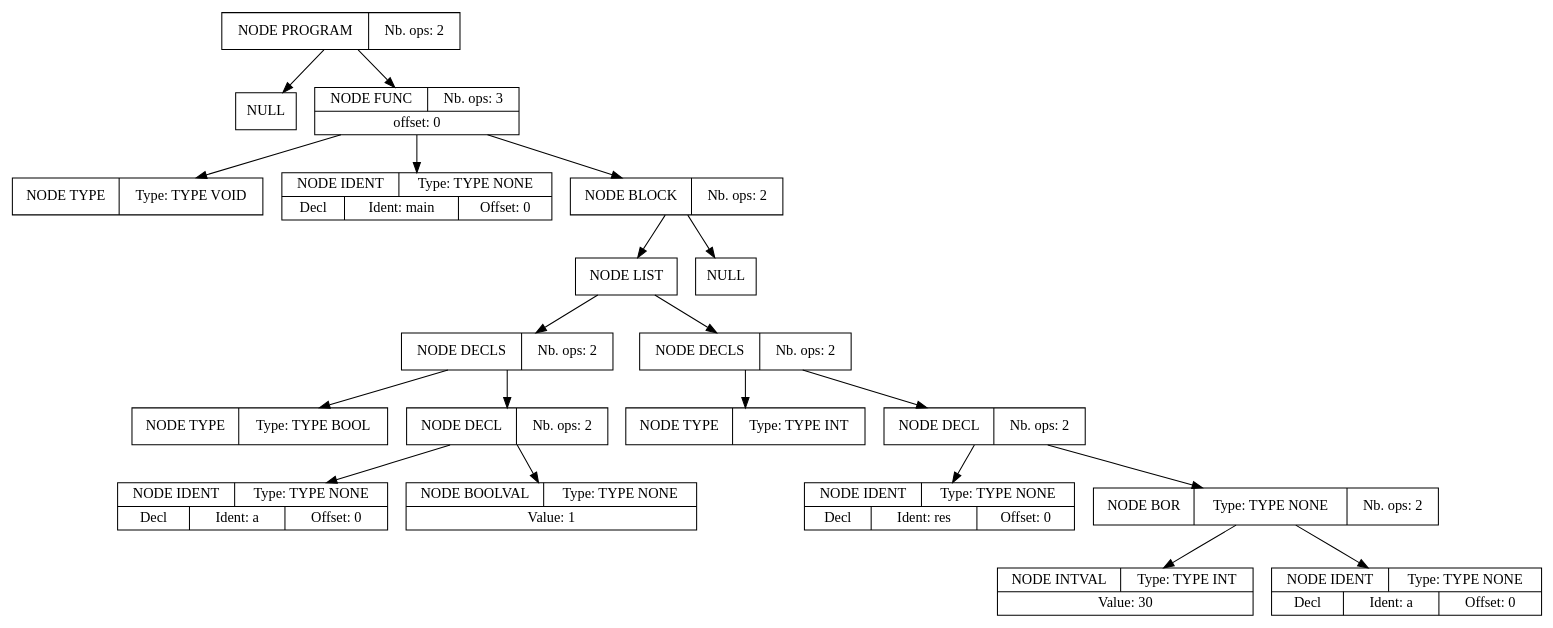
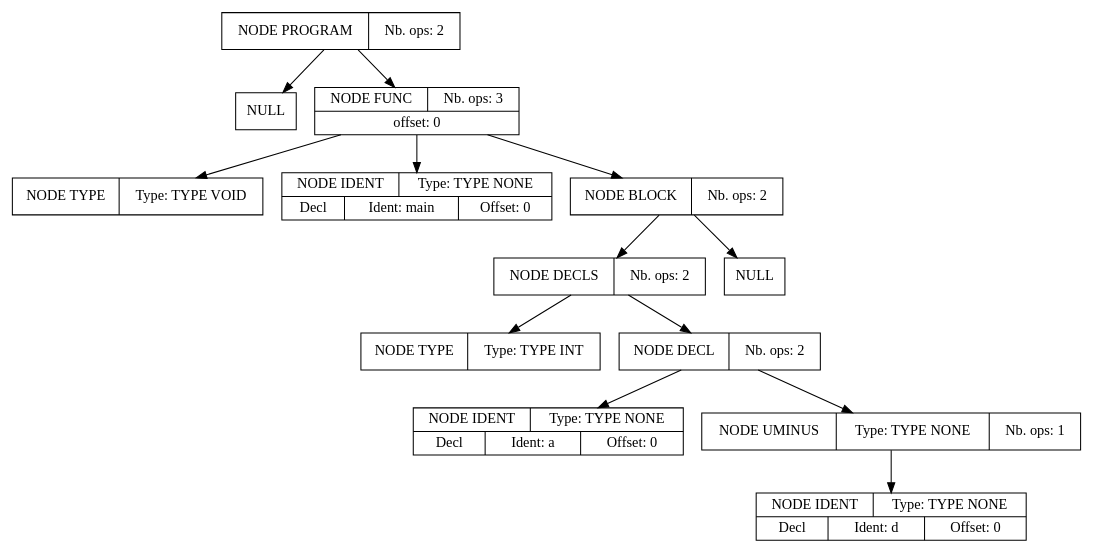
One commit to Youssefch05/Projet_compilation changed the diagram in apres_syntaxe.dot. Above: the diagram before and after it, drawn with Graphviz. The commit also changed 6 other files, not shown here.

```diff
--- a/apres_syntaxe.dot
+++ b/apres_syntaxe.dot
@@ -1,60 +1,39 @@
 digraph global_vars {
     N1 [shape=record, label="{{NODE PROGRAM|Nb. ops: 2}}"];
     N2 [shape=record, label="{{NULL}}"];
     edge[tailclip=true];
     N1 -> N2
     N3 [shape=record, label="{{NODE FUNC|Nb. ops: 3}|{offset: 0}}"];
     N4 [shape=record, label="{{NODE TYPE|Type: TYPE VOID}}"];
     edge[tailclip=true];
     N3 -> N4
     N5 [shape=record, label="{{NODE IDENT|Type: TYPE NONE}|{<decl>Decl      |Ident: main|Offset: 0}}"];
     edge[tailclip=true];
     N3 -> N5
     N6 [shape=record, label="{{NODE BLOCK|Nb. ops: 2}}"];
-    N7 [shape=record, label="{{NODE LIST}}"];
-    N8 [shape=record, label="{{NODE DECLS|Nb. ops: 2}}"];
-    N9 [shape=record, label="{{NODE TYPE|Type: TYPE BOOL}}"];
-    edge[tailclip=true];
-    N8 -> N9
-    N10 [shape=record, label="{{NODE DECL|Nb. ops: 2}}"];
-    N11 [shape=record, label="{{NODE IDENT|Type: TYPE NONE}|{<decl>Decl      |Ident: a|Offset: 0}}"];
-    edge[tailclip=true];
-    N10 -> N11
-    N12 [shape=record, label="{{NODE BOOLVAL|Type: TYPE NONE}|{Value: 1}}"];
-    edge[tailclip=true];
-    N10 -> N12
-    edge[tailclip=true];
-    N8 -> N10
+    N7 [shape=record, label="{{NODE DECLS|Nb. ops: 2}}"];
+    N8 [shape=record, label="{{NODE TYPE|Type: TYPE INT}}"];
     edge[tailclip=true];
     N7 -> N8
-    N13 [shape=record, label="{{NODE DECLS|Nb. ops: 2}}"];
-    N14 [shape=record, label="{{NODE TYPE|Type: TYPE INT}}"];
+    N9 [shape=record, label="{{NODE DECL|Nb. ops: 2}}"];
+    N10 [shape=record, label="{{NODE IDENT|Type: TYPE NONE}|{<decl>Decl      |Ident: a|Offset: 0}}"];
     edge[tailclip=true];
-    N13 -> N14
-    N15 [shape=record, label="{{NODE DECL|Nb. ops: 2}}"];
-    N16 [shape=record, label="{{NODE IDENT|Type: TYPE NONE}|{<decl>Decl      |Ident: res|Offset: 0}}"];
+    N9 -> N10
+    N11 [shape=record, label="{{NODE UMINUS|Type: TYPE NONE|Nb. ops: 1}}"];
+    N12 [shape=record, label="{{NODE IDENT|Type: TYPE NONE}|{<decl>Decl      |Ident: d|Offset: 0}}"];
     edge[tailclip=true];
-    N15 -> N16
-    N17 [shape=record, label="{{NODE BOR|Type: TYPE NONE|Nb. ops: 2}}"];
-    N18 [shape=record, label="{{NODE INTVAL|Type: TYPE INT}|{Value: 30}}"];
+    N11 -> N12
     edge[tailclip=true];
-    N17 -> N18
-    N19 [shape=record, label="{{NODE IDENT|Type: TYPE NONE}|{<decl>Decl      |Ident: a|Offset: 0}}"];
+    N9 -> N11
     edge[tailclip=true];
-    N17 -> N19
-    edge[tailclip=true];
-    N15 -> N17
-    edge[tailclip=true];
-    N13 -> N15
-    edge[tailclip=true];
-    N7 -> N13
+    N7 -> N9
     edge[tailclip=true];
     N6 -> N7
-    N20 [shape=record, label="{{NULL}}"];
+    N13 [shape=record, label="{{NULL}}"];
     edge[tailclip=true];
-    N6 -> N20
+    N6 -> N13
     edge[tailclip=true];
     N3 -> N6
     edge[tailclip=true];
     N1 -> N3
 }
```
